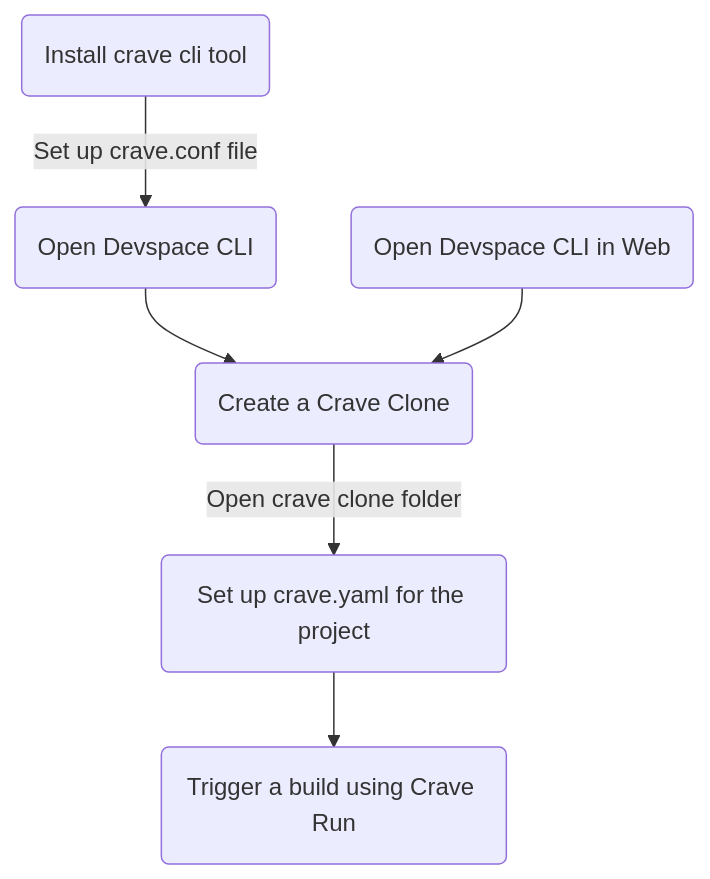
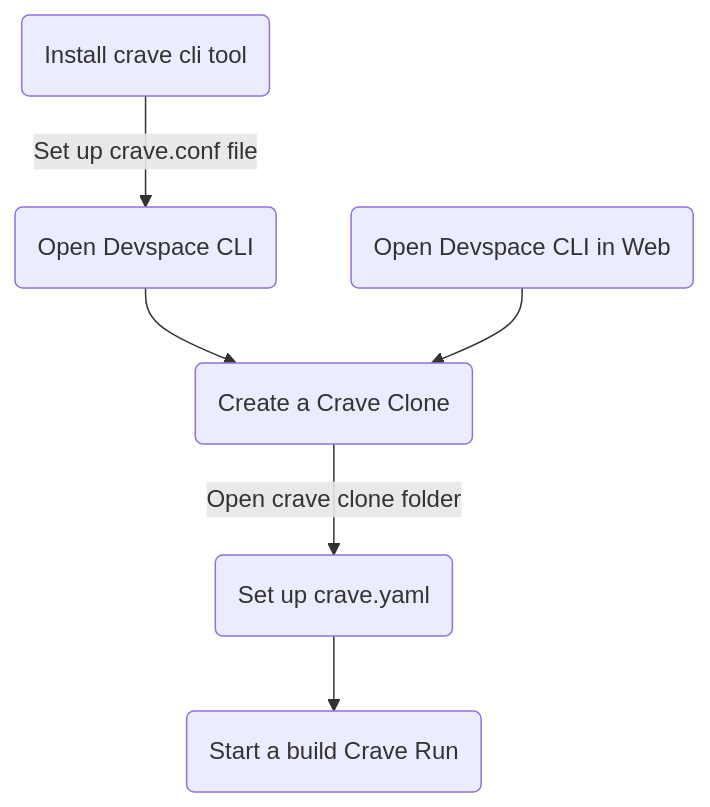
The diagram in getting-started/introduction.md (FOSSonTop/crave), drawn with Mermaid before and after one commit.

Commit message:
Diagram: shorten even more

````diff
--- a/getting-started/introduction.md
+++ b/getting-started/introduction.md
@@ -21,6 +21,6 @@
 ```mermaid
 flowchart TD
     A(Install crave cli tool) -->|Set up crave.conf file| A1(Open Devspace CLI) --> B(Create a Crave Clone)
     Z(Open Devspace CLI in Web) --> B
-    B -->|Open crave clone folder| C(Set up crave.yaml for the project) --> D(Trigger a build using Crave Run)
+    B -->|Open crave clone folder| C(Set up crave.yaml) --> D(Start a build Crave Run)
 ```
````
